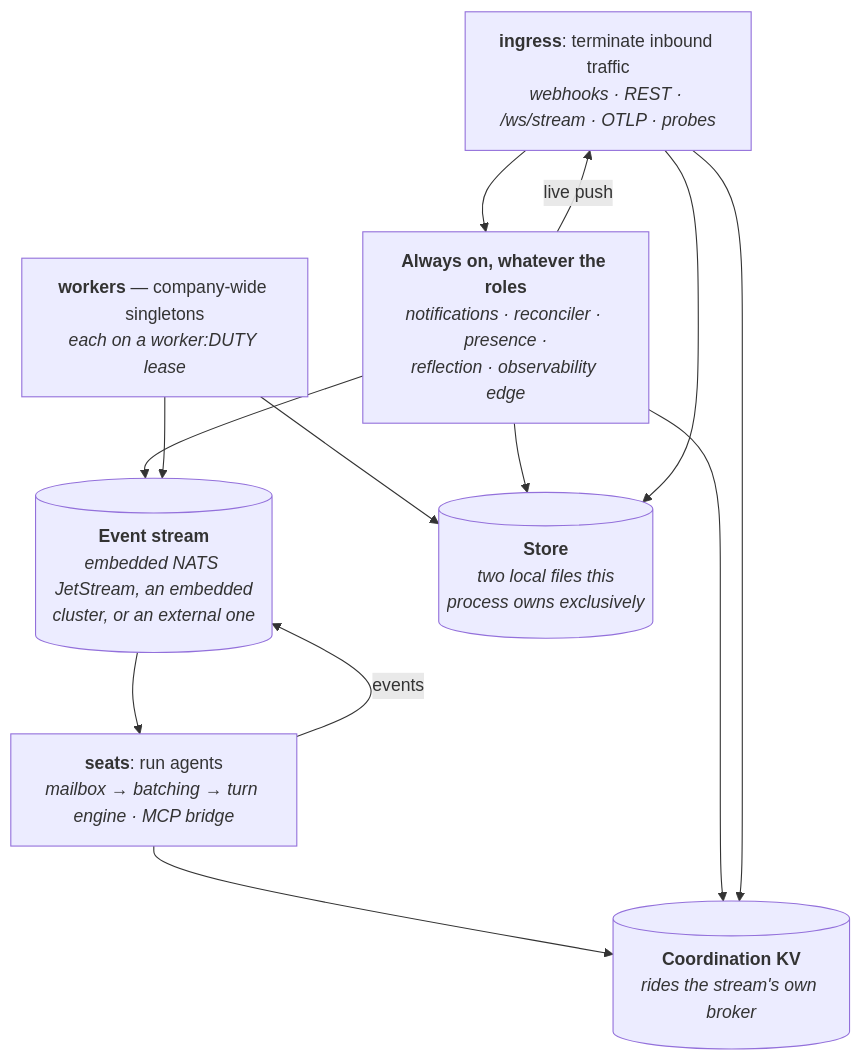
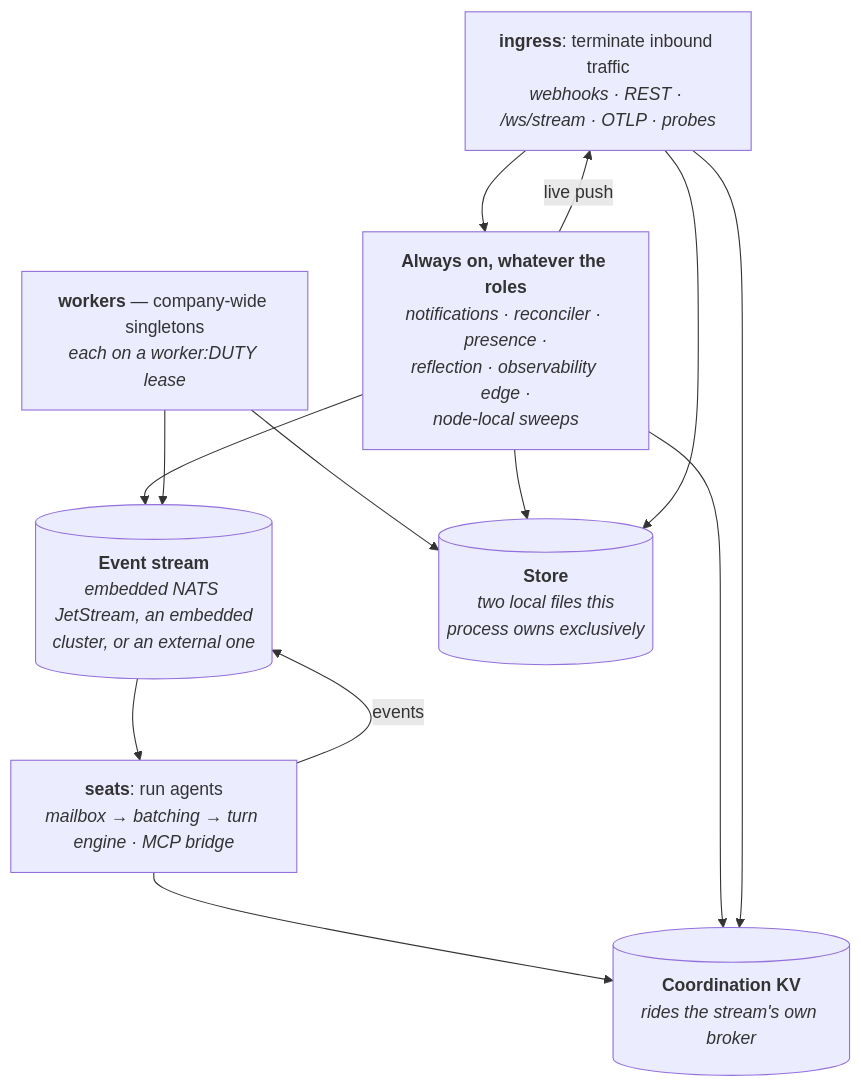
Before and after one commit to crewlet/crewlet: the third of 10 diagrams in docs/concepts/architecture.md, drawn with Mermaid. The commit also changed other lines of this file and 79 other files, not shown here.

````diff
--- a/docs/concepts/architecture.md
+++ b/docs/concepts/architecture.md
@@ -108,21 +108,21 @@
 ```mermaid
 flowchart TB
     ING["<b>ingress</b>: terminate inbound traffic<br/><i>webhooks · REST · /ws/stream · OTLP · probes</i>"]
-    ALWAYS["<b>Always on, whatever the roles</b><br/><i>notifications · reconciler · presence ·<br/>reflection · observability edge</i>"]
+    ALWAYS["<b>Always on, whatever the roles</b><br/><i>notifications · reconciler · presence ·<br/>reflection · observability edge ·<br/>node-local sweeps</i>"]
     SEATS["<b>seats</b>: run agents<br/><i>mailbox → batching → turn engine · MCP bridge</i>"]
     WORK["<b>workers</b> — company-wide singletons<br/><i>each on a worker:DUTY lease</i>"]
     STREAM[("<b>Event stream</b><br/><i>embedded NATS JetStream, an embedded<br/>cluster, or an external one</i>")]
     KV[("<b>Coordination KV</b><br/><i>rides the stream's own broker</i>")]
     DB[("<b>Store</b><br/><i>two local files this<br/>process owns exclusively</i>")]
 
     ING --> ALWAYS --> STREAM --> SEATS
     SEATS -->|events| STREAM
     SEATS --> KV
     WORK --> STREAM
     WORK --> DB
     ALWAYS -->|"live push"| ING
     ALWAYS --> KV
     ALWAYS --> DB
     ING --> KV
     ING --> DB
 ```
````
